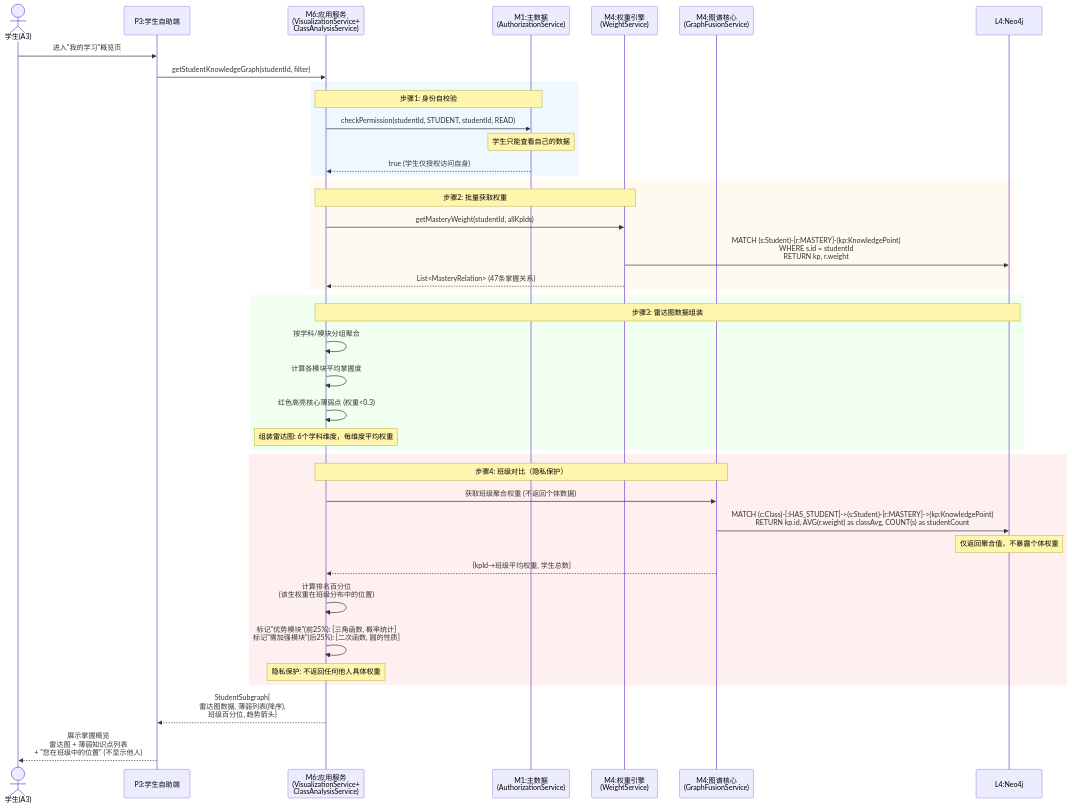
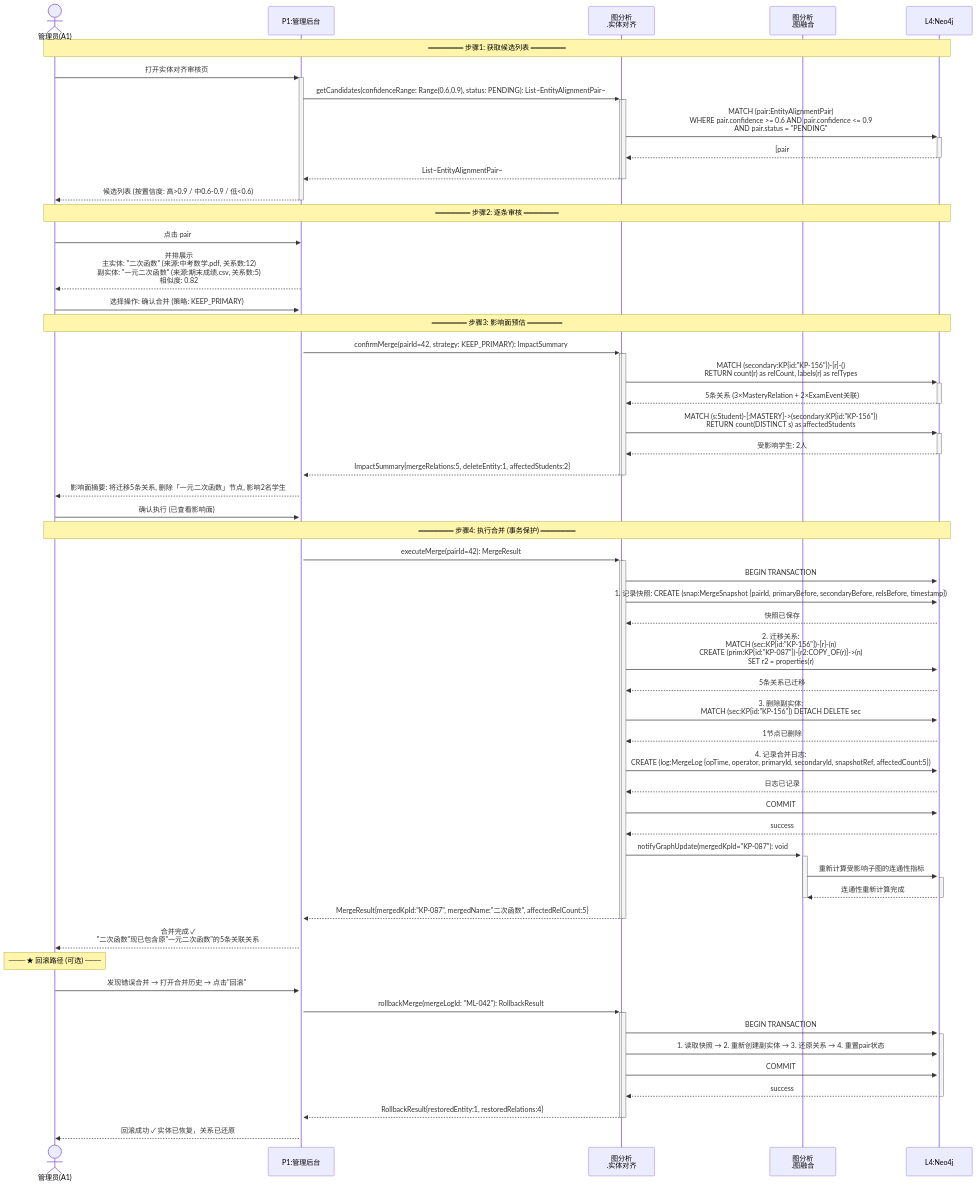
One commit to Eliauk-L/GraphNexus changed the third of 5 diagrams in docs/design-view/process-view/process-view-sequence-diagrams.md. Above: the diagram before and after it, drawn with Mermaid. The commit also changed other lines of this file and 5 other files, not shown here.

Commit message:
[doc] 修改时序图

````diff
--- a/docs/design-view/process-view/process-view-sequence-diagrams.md
+++ b/docs/design-view/process-view/process-view-sequence-diagrams.md
@@ -459,50 +473,89 @@
 ```mermaid
 sequenceDiagram
-    actor S as 学生(A3)
-    participant P3 as P3:学生自助端
-    participant M6 as M6:应用服务<br/>(VisualizationService+<br/>ClassAnalysisService)
-    participant M1 as M1:主数据<br/>(AuthorizationService)
-    participant M4Weight as M4:权重引擎<br/>(WeightService)
-    participant M4Graph as M4:图谱核心<br/>(GraphFusionService)
+    actor A as 管理员(A1)
+    participant P1 as P1:管理后台
+    participant Alignment as 图分析<br/>.实体对齐
+    participant Fusion as 图分析<br/>.图融合
     participant DB as L4:Neo4j
 
-    S->>P3: 进入"我的学习"概览页
-    P3->>M6: getStudentKnowledgeGraph(studentId, filter)
+    Note over A,DB: ═══════ 步骤1: 获取候选列表 ═══════
 
-    rect rgb(240, 248, 255)
-        Note over M6,M1: 步骤1: 身份自校验
-        M6->>M1: checkPermission(studentId, STUDENT, studentId, READ)
-        Note over M1: 学生只能查看自己的数据
-        M1-->>M6: true (学生仅授权访问自身)
-    end
+    A->>+P1: 打开实体对齐审核页
+    P1->>+Alignment: getCandidates(confidenceRange: Range(0.6,0.9), status: PENDING): List~EntityAlignmentPair~
+    activate Alignment
+    Alignment->>+DB: MATCH (pair:EntityAlignmentPair)<br/>WHERE pair.confidence >= 0.6 AND pair.confidence <= 0.9<br/>AND pair.status = "PENDING"
+    DB-->>-Alignment: [pair#42, pair#58, pair#73, ...]
+    Alignment-->>-P1: List~EntityAlignmentPair~
+    deactivate Alignment
+    P1-->>-A: 候选列表 (按置信度: 高>0.9 / 中0.6-0.9 / 低<0.6)
 
-    rect rgb(255, 250, 240)
-        Note over M6,M4Weight: 步骤2: 批量获取权重
-        M6->>M4Weight: getMasteryWeight(studentId, allKpIds)
-        M4Weight->>DB: MATCH (s:Student)-[r:MASTERY]-(kp:KnowledgePoint)<br/>WHERE s.id = studentId<br/>RETURN kp, r.weight
-        M4Weight-->>M6: List<MasteryRelation> (47条掌握关系)
-    end
+    Note over A,DB: ═══════ 步骤2: 逐条审核 ═══════
 
-    rect rgb(240, 255, 240)
-        Note over M6,DB: 步骤3: 雷达图数据组装
-        M6->>M6: 按学科/模块分组聚合
-        M6->>M6: 计算各模块平均掌握度
-        M6->>M6: 红色高亮核心薄弱点 (权重<0.3)
-        Note over M6: 组装雷达图: 6个学科维度，每维度平均权重
-    end
+    A->>P1: 点击 pair#42 查看详情
+    P1-->>A: 并排展示<br/>主实体: "二次函数" (来源:中考数学.pdf, 关系数:12)<br/>副实体: "一元二次函数" (来源:期末成绩.csv, 关系数:5)<br/>相似度: 0.82
 
-    rect rgb(255, 240, 240)
-        Note over M6,M4Graph: 步骤4: 班级对比（隐私保护）
-        M6->>M4Graph: 获取班级聚合权重 (不返回个体数据)
-        M4Graph->>DB: MATCH (c:Class)-[:HAS_STUDENT]->(s:Student)-[r:MASTERY]->(kp:KnowledgePoint)<br/>RETURN kp.id, AVG(r.weight) as classAvg, COUNT(s) as studentCount
-        Note over DB: 仅返回聚合值，不暴露个体权重
-        M4Graph-->>M6: {kpId→班级平均权重, 学生总数}
+    A->>+P1: 选择操作: 确认合并 (策略: KEEP_PRIMARY)
 
-        M6->>M6: 计算排名百分位<br/>(该生权重在班级分布中的位置)
-        M6->>M6: 标记"优势模块"(前25%): [三角函数, 概率统计]<br/>标记"需加强模块"(后25%): [二次函数, 圆的性质]
-        Note over M6: 隐私保护: 不返回任何他人具体权重
-    end
+    Note over A,DB: ═══════ 步骤3: 影响面预估 ═══════
 
-    M6-->>P3: StudentSubgraph{<br/>雷达图数据, 薄弱列表(降序),<br/>班级百分位, 趋势箭头}
-    P3-->>S: 展示掌握概览<br/>雷达图 + 薄弱知识点列表<br/>+ "您在班级中的位置" (不显示他人)
+    P1->>+Alignment: confirmMerge(pairId=42, strategy: KEEP_PRIMARY): ImpactSummary
+    activate Alignment
+
+    Alignment->>+DB: MATCH (secondary:KP{id:"KP-156"})-[r]-()<br/>RETURN count(r) as relCount, labels(r) as relTypes
+    DB-->>-Alignment: 5条关系 (3×MasteryRelation + 2×ExamEvent关联)
+    Alignment->>+DB: MATCH (s:Student)-[:MASTERY]->(secondary:KP{id:"KP-156"})<br/>RETURN count(DISTINCT s) as affectedStudents
+    DB-->>-Alignment: 受影响学生: 2人
+
+    Alignment-->>-P1: ImpactSummary{mergeRelations:5, deleteEntity:1, affectedStudents:2}
+    deactivate Alignment
+
+    P1-->>A: 影响面摘要: 将迁移5条关系, 删除「一元二次函数」节点, 影响2名学生
+
+    A->>P1: 确认执行 (已查看影响面)
+
+    Note over A,DB: ═══════ 步骤4: 执行合并 (事务保护) ═══════
+
+    P1->>+Alignment: executeMerge(pairId=42): MergeResult
+    activate Alignment
+
+    Alignment->>+DB: BEGIN TRANSACTION
+
+    Alignment->>DB: 1. 记录快照: CREATE (snap:MergeSnapshot {pairId, primaryBefore, secondaryBefore, relsBefore, timestamp})
+    DB-->>Alignment: 快照已保存
+
+    Alignment->>DB: 2. 迁移关系:<br/>MATCH (sec:KP{id:"KP-156"})-[r]-(n)<br/>CREATE (prim:KP{id:"KP-087"})-[r2:COPY_OF(r)]->(n)<br/>SET r2 = properties(r)
+    DB-->>Alignment: 5条关系已迁移
+
+    Alignment->>DB: 3. 删除副实体:<br/>MATCH (sec:KP{id:"KP-156"}) DETACH DELETE sec
+    DB-->>Alignment: 1节点已删除
+
+    Alignment->>DB: 4. 记录合并日志:<br/>CREATE (log:MergeLog {opTime, operator, primaryId, secondaryId, snapshotRef, affectedCount:5})
+    DB-->>Alignment: 日志已记录
+
+    Alignment->>DB: COMMIT
+    DB-->>Alignment: success
+
+    Alignment->>+Fusion: notifyGraphUpdate(mergedKpId="KP-087"): void
+    activate Fusion
+    Fusion->>+DB: 重新计算受影响子图的连通性指标
+    DB-->>-Fusion: 连通性重新计算完成
+    deactivate Fusion
+
+    Alignment-->>-P1: MergeResult{mergedKpId:"KP-087", mergedName:"二次函数", affectedRelCount:5}
+    deactivate Alignment
+
+    P1-->>A: 合并完成 ✓<br/>"二次函数"现已包含原"一元二次函数"的5条关联关系
+
+    Note over A: ─── ★ 回滚路径 (可选) ───
+
+    A->>P1: 发现错误合并 → 打开合并历史 → 点击"回滚"
+    P1->>+Alignment: rollbackMerge(mergeLogId: "ML-042"): RollbackResult
+    activate Alignment
+    Alignment->>+DB: BEGIN TRANSACTION
+    Alignment->>DB: 1. 读取快照 → 2. 重新创建副实体 → 3. 还原关系 → 4. 重置pair状态
+    Alignment->>DB: COMMIT
+    DB-->>-Alignment: success
+    Alignment-->>-P1: RollbackResult{restoredEntity:1, restoredRelations:4}
+    deactivate Alignment
+    P1-->>A: 回滚成功 ✓ 实体已恢复，关系已还原
 ```
````
